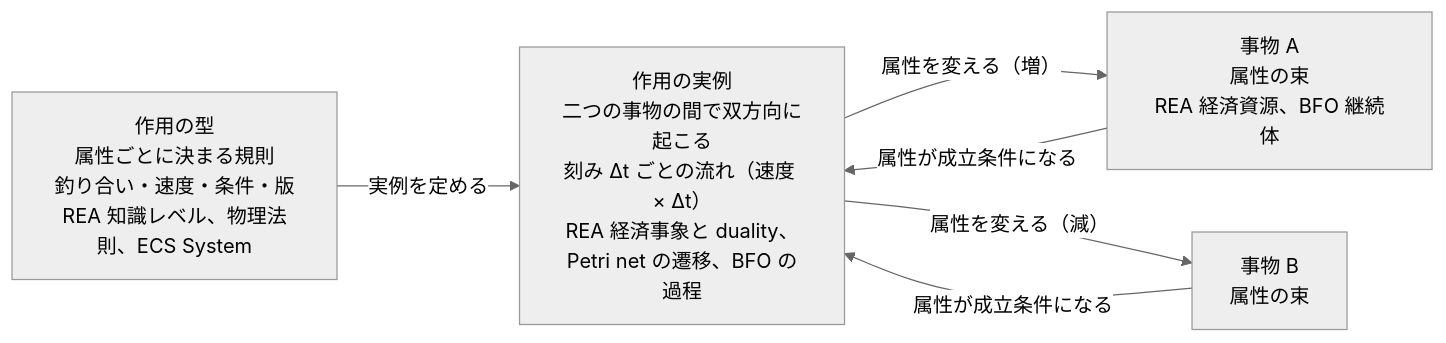
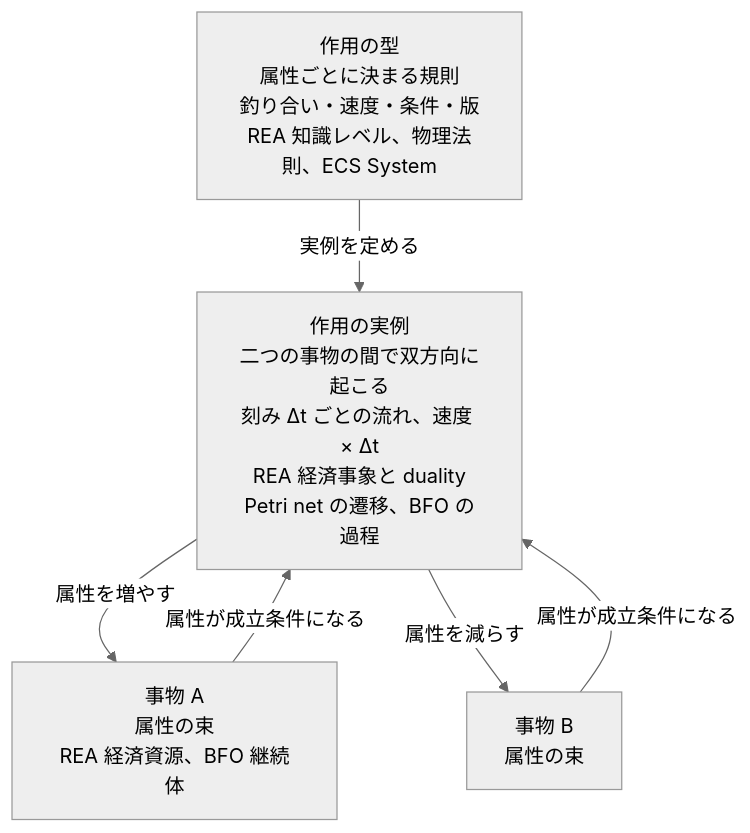
The first of 2 diagrams in docs/DESIGN.md (demerzel09/Medieval-Simulator), drawn with Mermaid (neutral theme) before and after one commit. The commit also changed 2 other files, not shown here.

Commit message:
Lay out figure 1 top-down and drop parentheses from its edge labels
The user reported figure 1 as not visible in their DESIGN.md preview while
the other Mermaid block renders. The old figure rendered in Mermaid 11.4.1,
10.9.1 and 9.1.7 headlessly, so the cause is unconfirmed; the figure was the
only wide (1318px) left-to-right block. Switch it to TD (about 590px), split
the long line and remove parentheses from edge labels. Recorded in STATUS and
NEXT_SESSION.

````diff
--- a/docs/DESIGN.md
+++ b/docs/DESIGN.md
@@ -60,12 +60,12 @@
 ```mermaid
-flowchart LR
+flowchart TD
   T["作用の型<br/>属性ごとに決まる規則<br/>釣り合い・速度・条件・版<br/>REA 知識レベル、物理法則、ECS System"]
-  E["作用の実例<br/>二つの事物の間で双方向に起こる<br/>刻み Δt ごとの流れ（速度 × Δt）<br/>REA 経済事象と duality、Petri net の遷移、BFO の過程"]
+  E["作用の実例<br/>二つの事物の間で双方向に起こる<br/>刻み Δt ごとの流れ、速度 × Δt<br/>REA 経済事象と duality<br/>Petri net の遷移、BFO の過程"]
   X1["事物 A<br/>属性の束<br/>REA 経済資源、BFO 継続体"]
   X2["事物 B<br/>属性の束"]
   T -->|"実例を定める"| E
-  E -->|"属性を変える（増）"| X1
-  E -->|"属性を変える（減）"| X2
+  E -->|"属性を増やす"| X1
+  E -->|"属性を減らす"| X2
   X1 -->|"属性が成立条件になる"| E
   X2 -->|"属性が成立条件になる"| E
 ```
````
